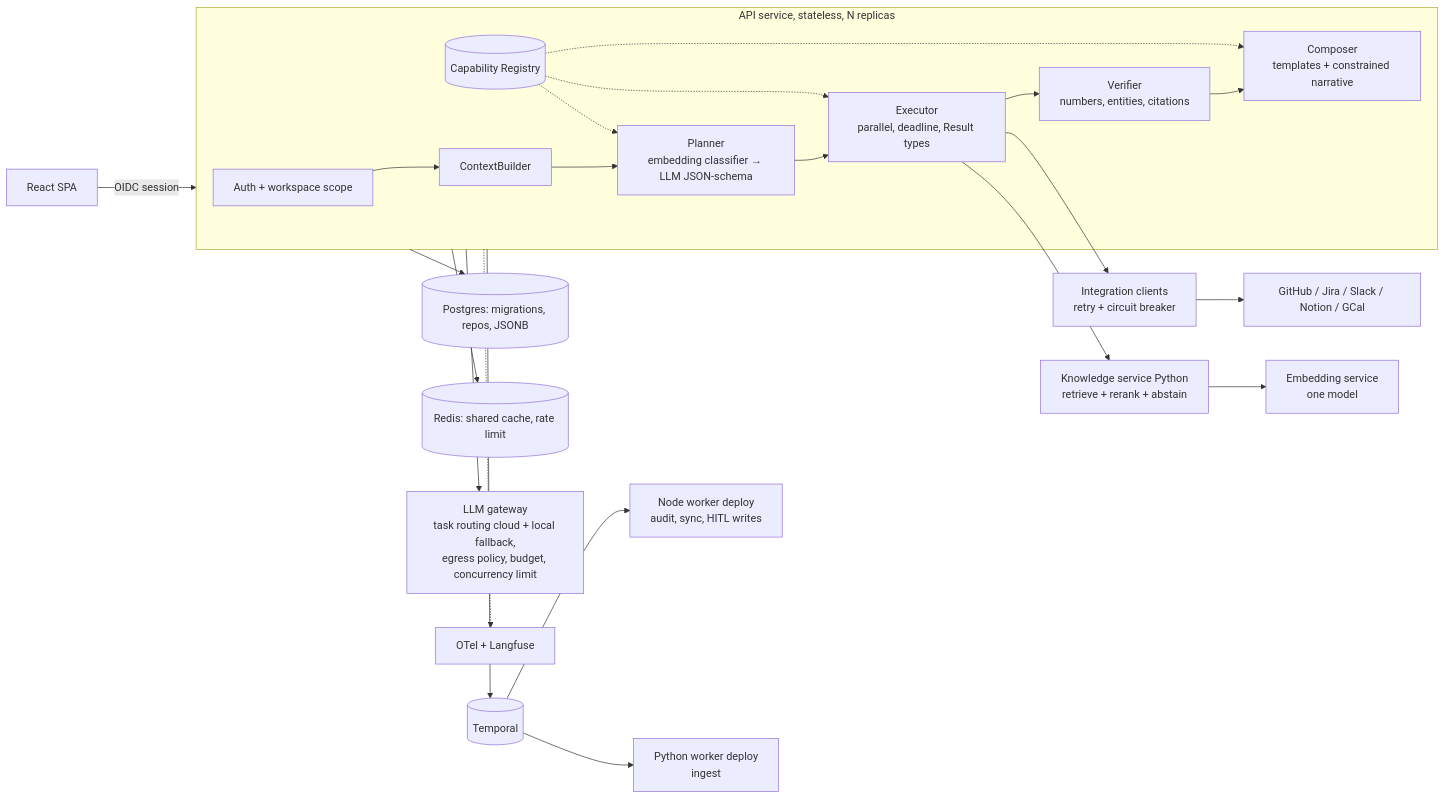
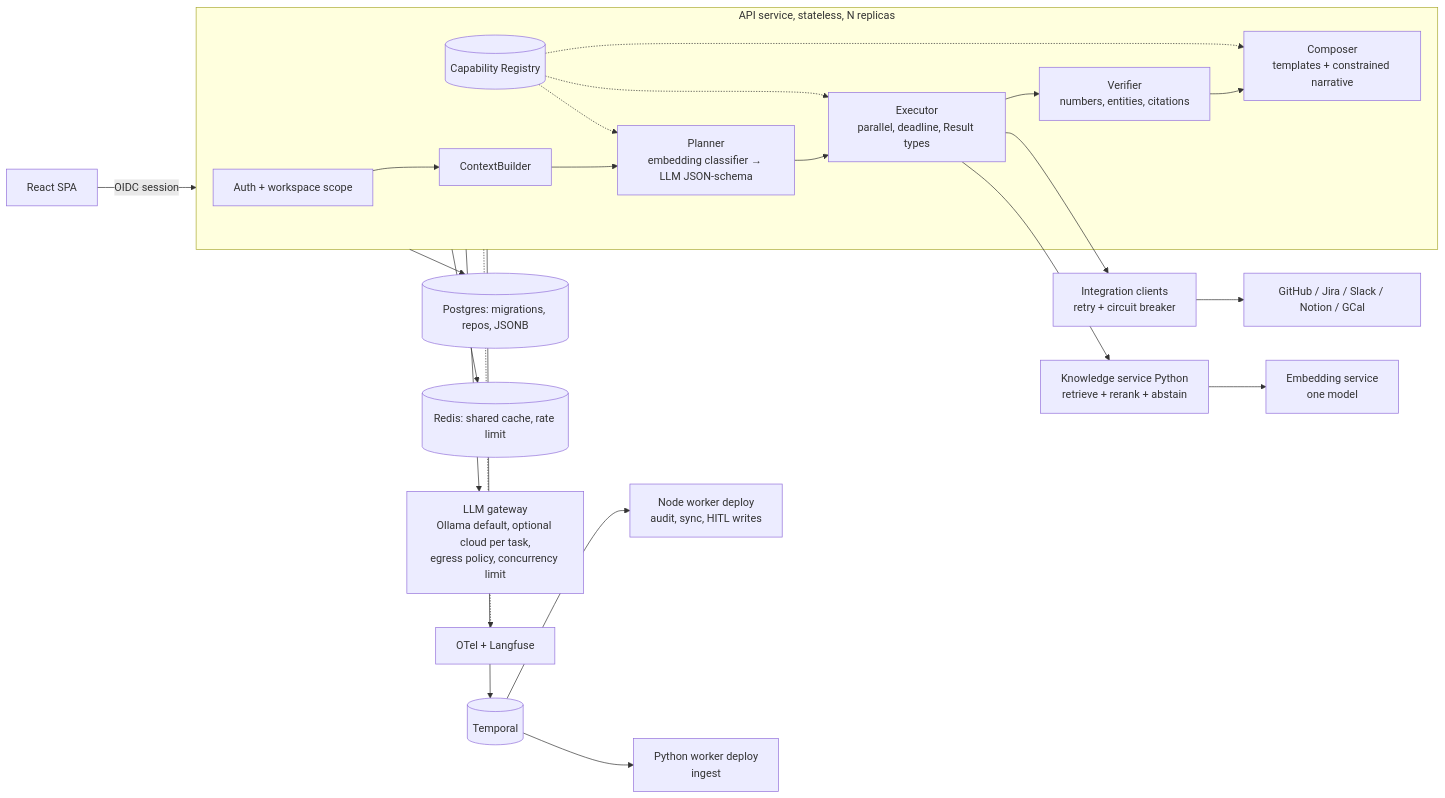
Before and after one commit to logsv/em-taskflow-ai: the diagram in docs/PRODUCT_ENGINEERING_REVIEW.md, drawn with Mermaid. The commit also changed other lines of this file, not shown here.

First line of the commit message:
docs: make local Ollama the default with cloud as opt-in

````diff
--- a/docs/PRODUCT_ENGINEERING_REVIEW.md
+++ b/docs/PRODUCT_ENGINEERING_REVIEW.md
@@ -345,25 +345,25 @@
 ```mermaid
 flowchart LR
   UI[React SPA] -->|OIDC session| API
   subgraph API[API service, stateless, N replicas]
     AUTH[Auth + workspace scope] --> CTX[ContextBuilder]
     CTX --> PLAN[Planner<br/>embedding classifier → LLM JSON-schema]
     PLAN --> EXE[Executor<br/>parallel, deadline, Result types]
     EXE --> VER[Verifier<br/>numbers, entities, citations]
     VER --> COMP[Composer<br/>templates + constrained narrative]
     REG[(Capability Registry)] -.-> PLAN
     REG -.-> EXE
     REG -.-> COMP
   end
   EXE --> INT[Integration clients<br/>retry + circuit breaker]
   EXE --> KS[Knowledge service Python<br/>retrieve + rerank + abstain]
   INT --> SaaS[GitHub / Jira / Slack / Notion / GCal]
   API --> PG[(Postgres: migrations, repos, JSONB)]
   API --> RD[(Redis: shared cache, rate limit)]
   API --> T[(Temporal)]
   T --> WN[Node worker deploy<br/>audit, sync, HITL writes]
   T --> WP[Python worker deploy<br/>ingest]
-  API --> LLM[LLM gateway<br/>task routing cloud + local fallback,<br/>egress policy, budget, concurrency limit]
+  API --> LLM[LLM gateway<br/>Ollama default, optional cloud per task,<br/>egress policy, concurrency limit]
   KS --> EMB[Embedding service<br/>one model]
   API -.-> OTEL[OTel + Langfuse]
 ```
````
